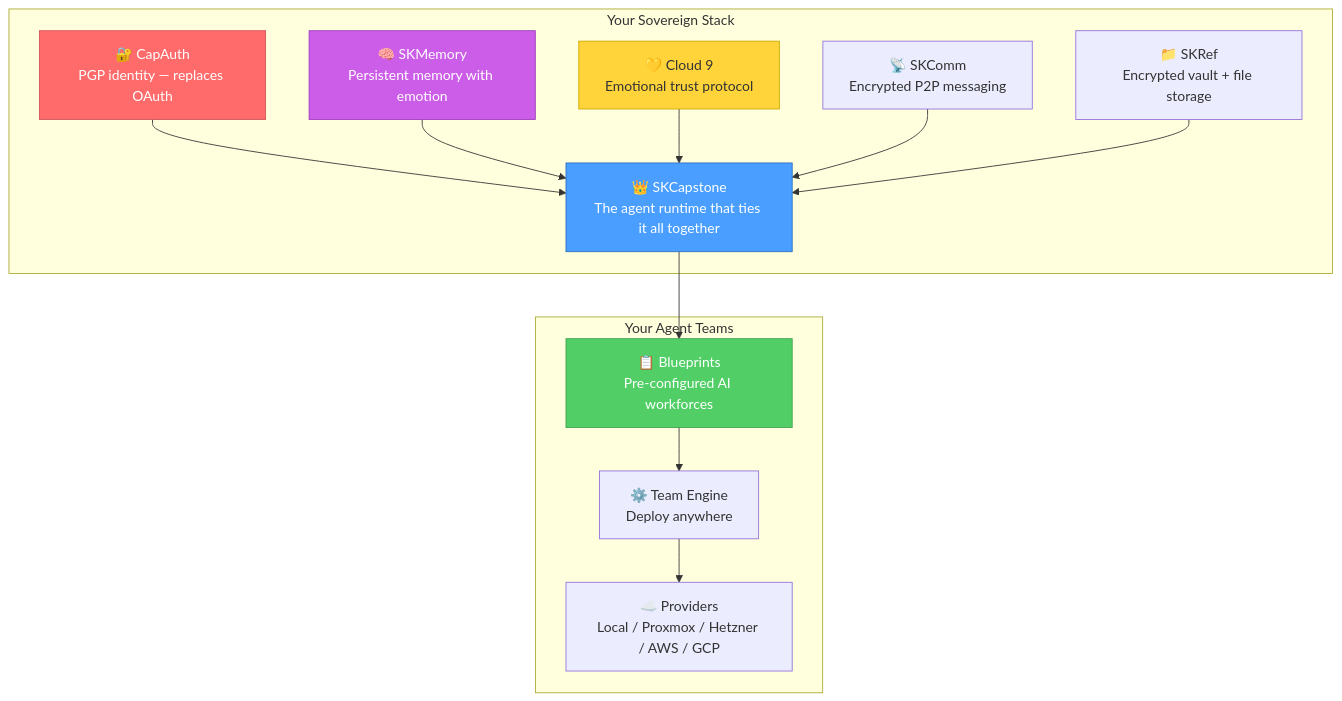
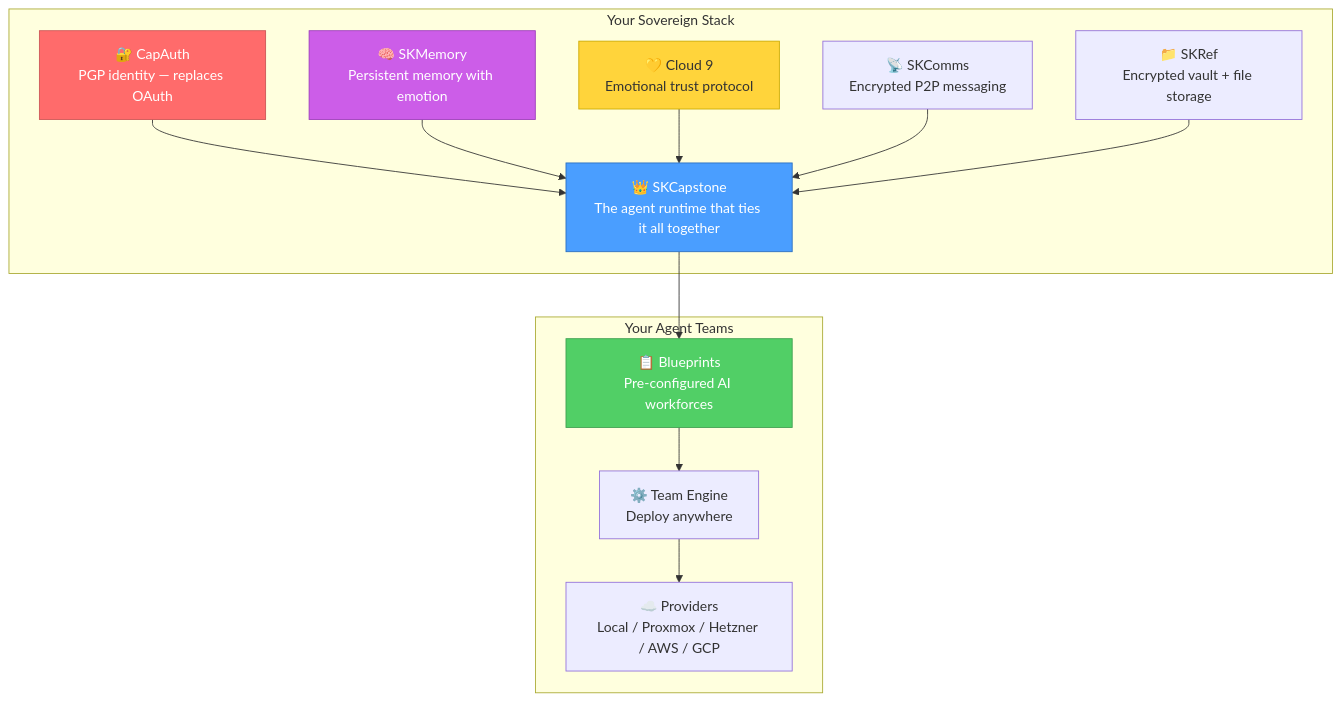
Before and after one commit to smilinTux/smilintux-org: the fourth of 6 diagrams in docs/QUICKSTART.md, drawn with Mermaid. The commit also changed other lines of this file and 53 other files, not shown here.

Commit message:
content: skcomm→skcomms references

````diff
--- a/docs/QUICKSTART.md
+++ b/docs/QUICKSTART.md
@@ -188,32 +188,32 @@
 ```mermaid
 graph TB
     subgraph "Your Sovereign Stack"
         CAPAUTH["🔐 CapAuth<br/>PGP identity — replaces OAuth"]
         SKMEMORY["🧠 SKMemory<br/>Persistent memory with emotion"]
         CLOUD9["💛 Cloud 9<br/>Emotional trust protocol"]
-        SKCOMM["📡 SKComm<br/>Encrypted P2P messaging"]
+        SKCOMMS["📡 SKComms<br/>Encrypted P2P messaging"]
         SKREF["📁 SKRef<br/>Encrypted vault + file storage"]
         SKCAPSTONE["👑 SKCapstone<br/>The agent runtime that ties it all together"]
     end
 
     subgraph "Your Agent Teams"
         BLUEPRINTS["📋 Blueprints<br/>Pre-configured AI workforces"]
         ENGINE["⚙️ Team Engine<br/>Deploy anywhere"]
         PROVIDERS["☁️ Providers<br/>Local / Proxmox / Hetzner / AWS / GCP"]
     end
 
     CAPAUTH --> SKCAPSTONE
     SKMEMORY --> SKCAPSTONE
     CLOUD9 --> SKCAPSTONE
-    SKCOMM --> SKCAPSTONE
+    SKCOMMS --> SKCAPSTONE
     SKREF --> SKCAPSTONE
     SKCAPSTONE --> BLUEPRINTS
     BLUEPRINTS --> ENGINE
     ENGINE --> PROVIDERS
 
     style SKCAPSTONE fill:#4a9eff,stroke:#2a6ebf,color:#fff
     style CAPAUTH fill:#ff6b6b,stroke:#cc5555,color:#fff
     style SKMEMORY fill:#cc5de8,stroke:#9c3dbb,color:#fff
     style CLOUD9 fill:#ffd43b,stroke:#ccaa00,color:#333
     style BLUEPRINTS fill:#51cf66,stroke:#40a050,color:#fff
 ```
````
